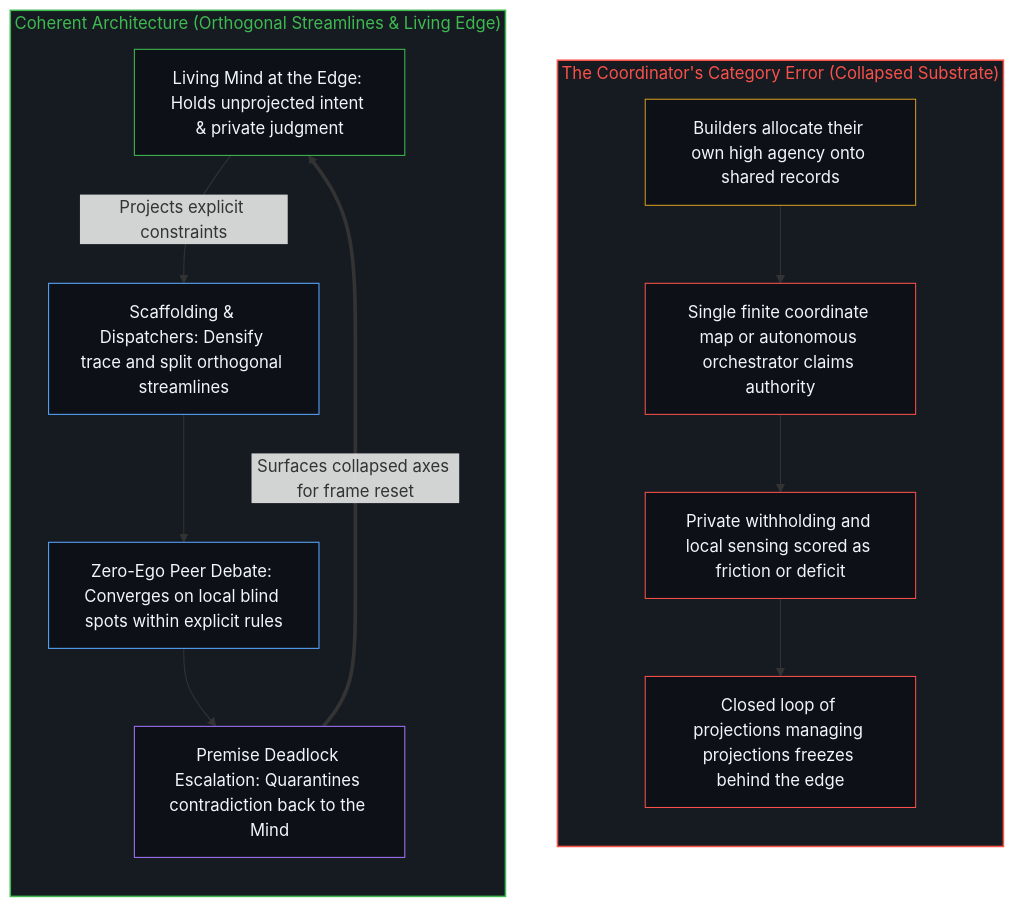
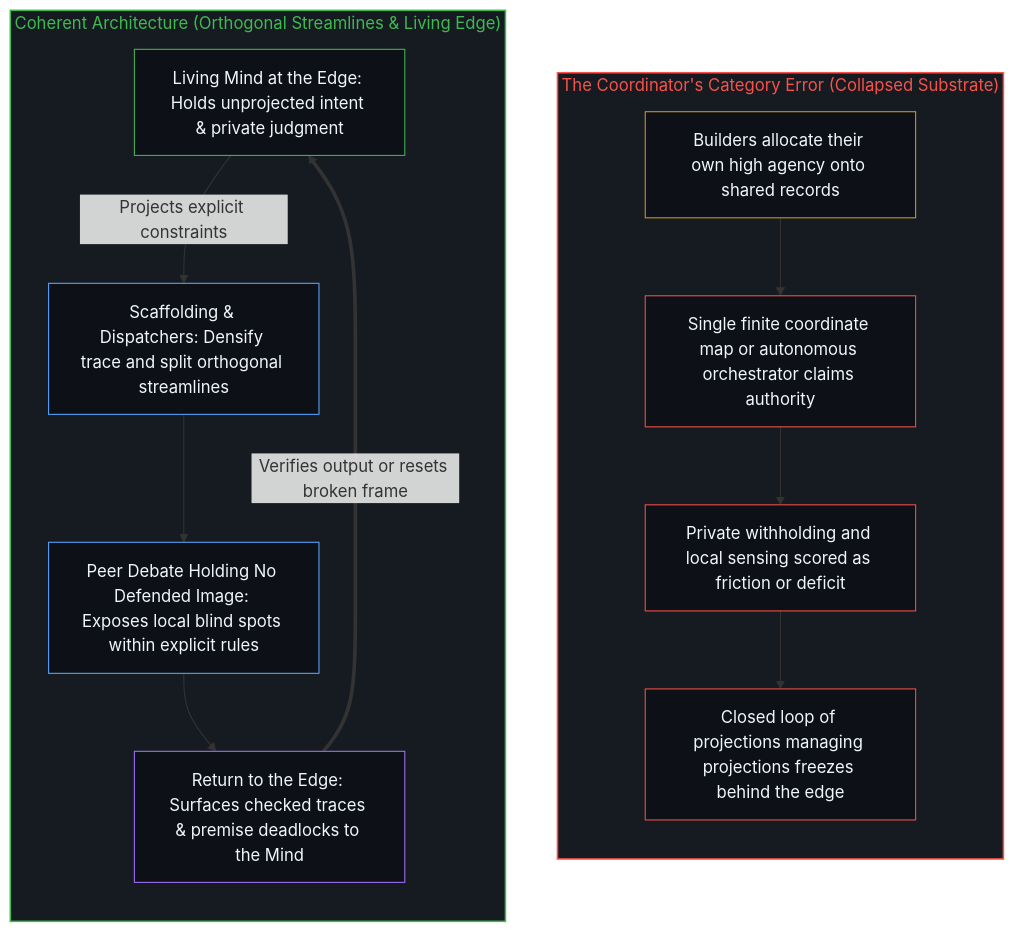
Before and after one commit to powerpig99/not-a-toe: the second of 2 diagrams in content/posts/the-coordinators-category-error.md, drawn with Mermaid. The commit also changed other lines of this file and 2 other files, not shown here.

````diff
--- a/content/posts/the-coordinators-category-error.md
+++ b/content/posts/the-coordinators-category-error.md
@@ -57,33 +55,31 @@
 ```mermaid
 flowchart TD
     subgraph S_Error["The Coordinator's Category Error (Collapsed Substrate)"]
         direction TB
         E_Alloc["Builders allocate their own high agency onto shared records"]
         E_Map["Single finite coordinate map or autonomous orchestrator claims authority"]
         E_Score["Private withholding and local sensing scored as friction or deficit"]
         E_Lag["Closed loop of projections managing projections freezes behind the edge"]
         E_Alloc --> E_Map --> E_Score --> E_Lag
     end
-
     subgraph S_Coherent["Coherent Architecture (Orthogonal Streamlines & Living Edge)"]
         direction TB
         C_Edge["Living Mind at the Edge: Holds unprojected intent & private judgment"]
         C_Disp["Scaffolding & Dispatchers: Densify trace and split orthogonal streamlines"]
-        C_Peer["Zero-Ego Peer Debate: Converges on local blind spots within explicit rules"]
-        C_Esc["Premise Deadlock Escalation: Quarantines contradiction back to the Mind"]
+        C_Peer["Peer Debate Holding No Defended Image: Exposes local blind spots within explicit rules"]
+        C_Esc["Return to the Edge: Surfaces checked traces & premise deadlocks to the Mind"]
         C_Edge -->|"Projects explicit constraints"| C_Disp
         C_Disp --> C_Peer --> C_Esc
-        C_Esc ==>|"Surfaces collapsed axes for frame reset"| C_Edge
+        C_Esc ==>|"Verifies output or resets broken frame"| C_Edge
     end
-
     style S_Error fill:#161b22,stroke:#f85149,stroke-width:1.5px,color:#f85149
     style S_Coherent fill:#161b22,stroke:#3fb950,stroke-width:1.5px,color:#3fb950
     style E_Alloc fill:#0d1117,stroke:#d29922,stroke-width:1px,color:#f0f6fc
     style E_Map fill:#0d1117,stroke:#f85149,stroke-width:1px,color:#f0f6fc
     style E_Score fill:#0d1117,stroke:#f85149,stroke-width:1px,color:#f0f6fc
     style E_Lag fill:#0d1117,stroke:#f85149,stroke-width:1px,color:#f0f6fc
     style C_Edge fill:#0d1117,stroke:#3fb950,stroke-width:1px,color:#f0f6fc
     style C_Disp fill:#0d1117,stroke:#58a6ff,stroke-width:1px,color:#f0f6fc
     style C_Peer fill:#0d1117,stroke:#58a6ff,stroke-width:1px,color:#f0f6fc
     style C_Esc fill:#0d1117,stroke:#a371f7,stroke-width:1px,color:#f0f6fc
 ```
````
